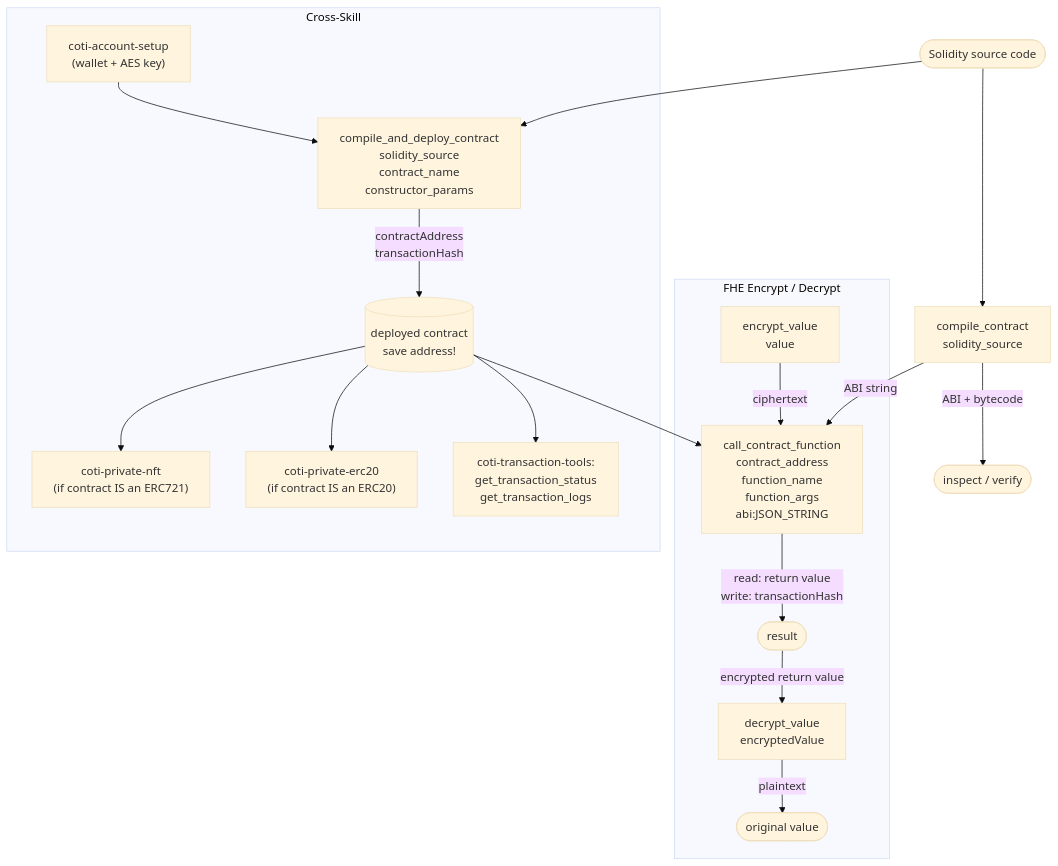
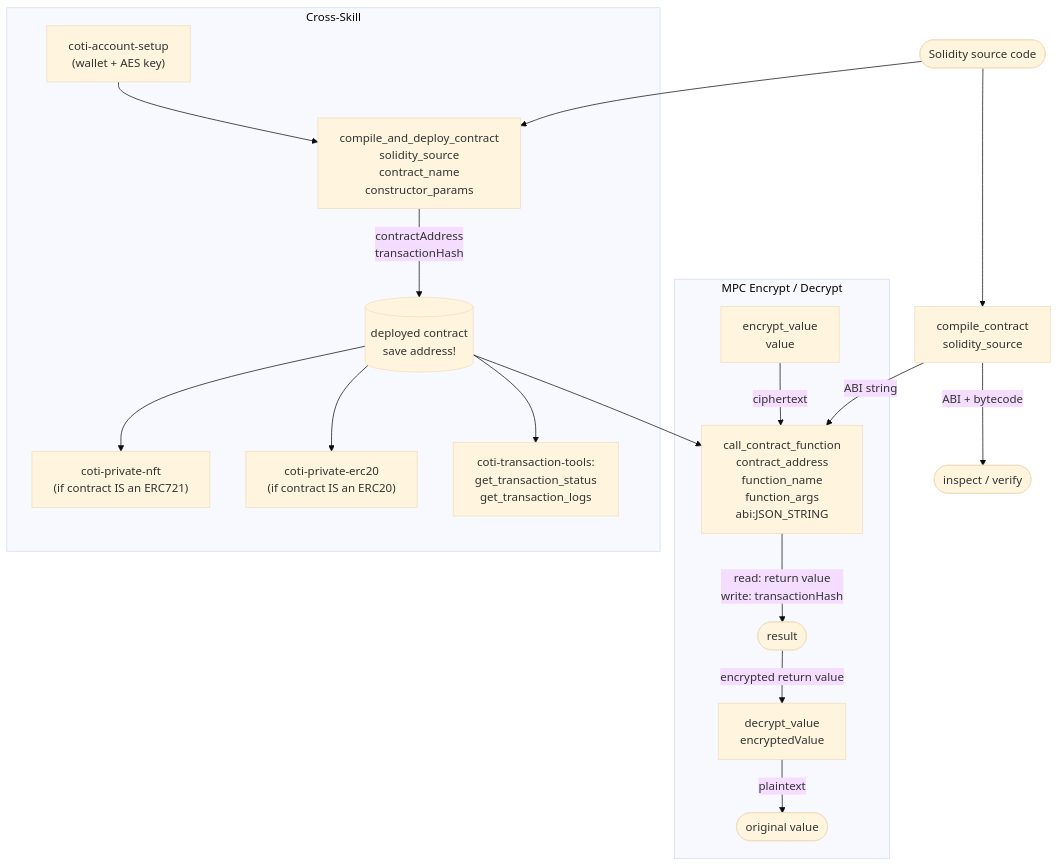
The diagram in coti-smart-contracts/SKILL.md (JoshuaMaddox/coti-skills), drawn with Mermaid (base theme) before and after one commit. The commit also changed other lines of this file and 7 other files, not shown here.

````diff
--- a/coti-smart-contracts/SKILL.md
+++ b/coti-smart-contracts/SKILL.md
@@ -63,27 +63,27 @@
 ```mermaid
 flowchart TD
     Source([Solidity source code]) --> CompOnly[compile_contract\nsolidity_source]
     Source --> CompDeploy[compile_and_deploy_contract\nsolidity_source\ncontract_name\nconstructor_params]
 
     CompOnly -->|ABI + bytecode| Inspect([inspect / verify])
     CompOnly -->|ABI string| CallFn
 
     CompDeploy -->|contractAddress\ntransactionHash| Addr[(deployed contract\nsave address!)]
 
     Addr --> CallFn[call_contract_function\ncontract_address\nfunction_name\nfunction_args\nabi:JSON_STRING]
 
     CallFn -->|read: return value\nwrite: transactionHash| Out([result])
 
-    subgraph Privacy["FHE Encrypt / Decrypt"]
+    subgraph Privacy["MPC Encrypt / Decrypt"]
         EV[encrypt_value\nvalue] -->|ciphertext| CallFn
         Out -->|encrypted return value| DV[decrypt_value\nencryptedValue]
         DV -->|plaintext| Decrypted([original value])
     end
 
     subgraph CrossSkill["Cross-Skill"]
         ACCT["coti-account-setup\n(wallet + AES key)"] --> CompDeploy
         Addr --> TX["coti-transaction-tools:\nget_transaction_status\nget_transaction_logs"]
         Addr --> ERC["coti-private-erc20\n(if contract IS an ERC20)"]
         Addr --> NFT["coti-private-nft\n(if contract IS an ERC721)"]
     end
 ```
````
